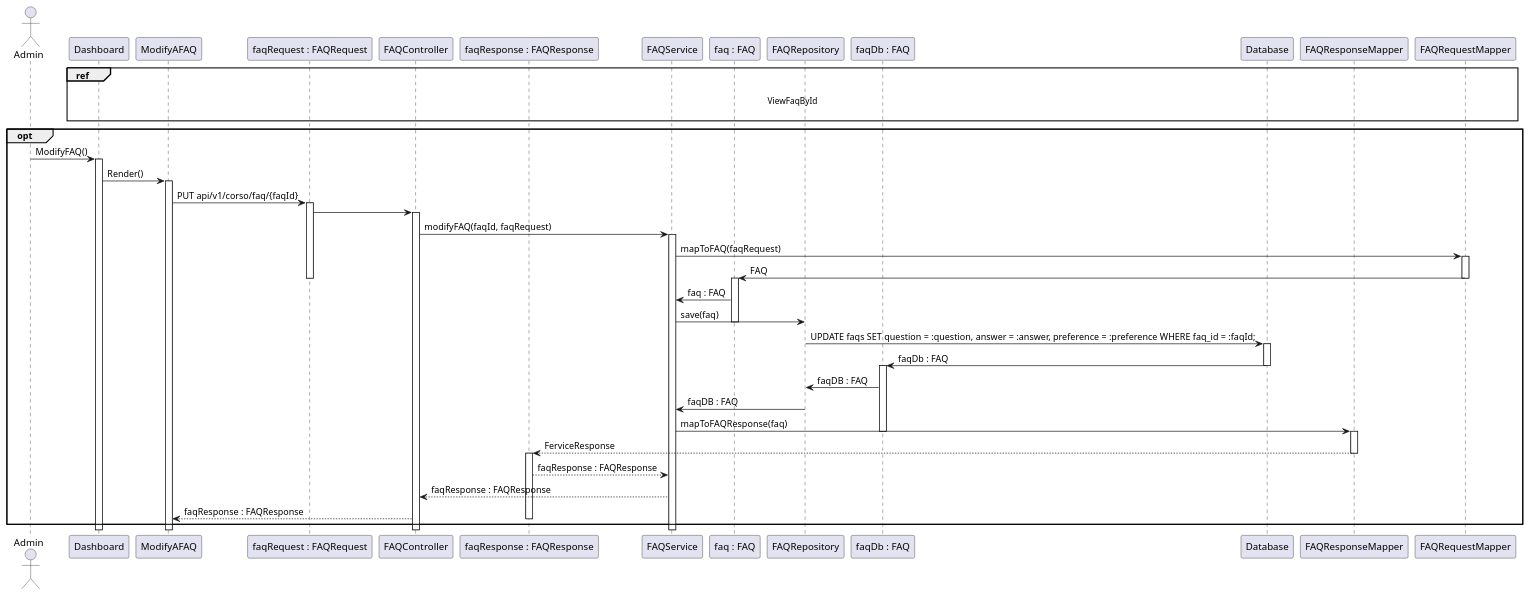
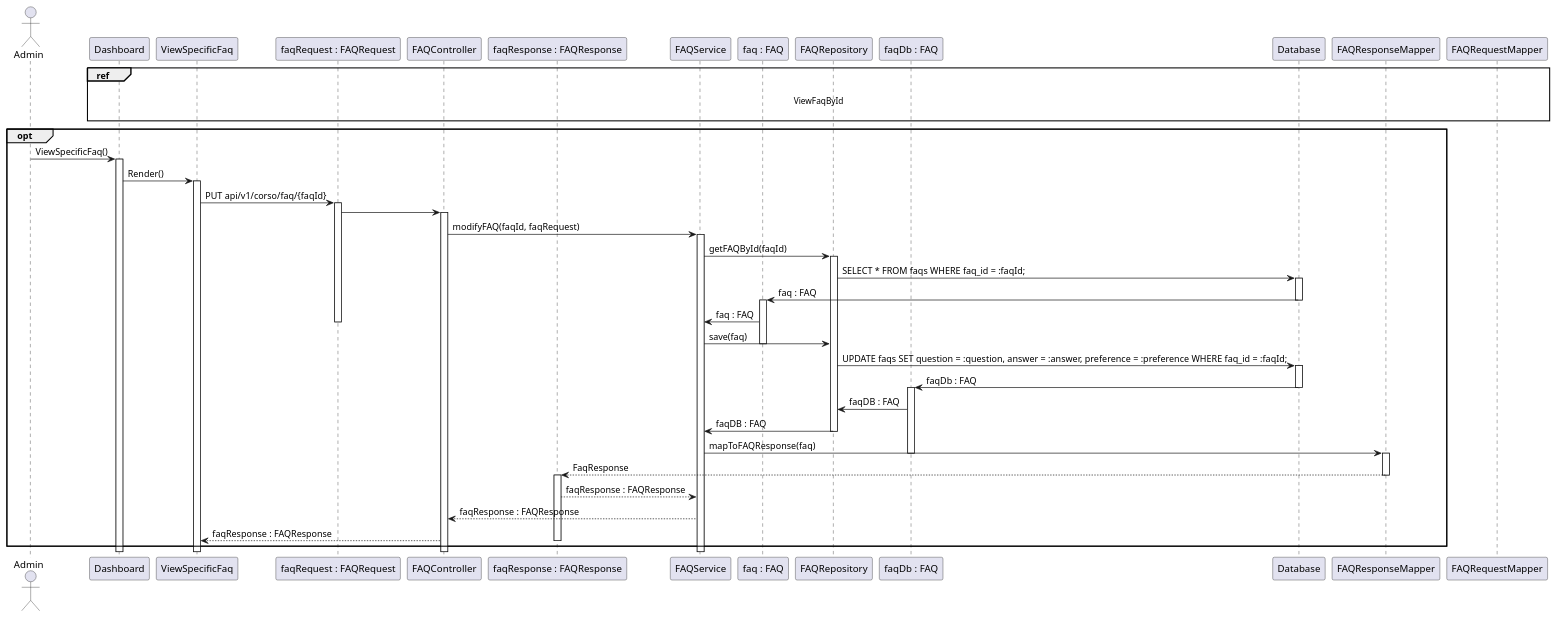
Before and after one commit to DylanBrass/Corso-Website: the diagram in Diagrams/LLSD/FAQs/ModifyFaq.puml, drawn with PlantUML. The commit also changed 22 other files, not shown here.

```diff
--- a/Diagrams/LLSD/FAQs/ModifyFaq.puml
+++ b/Diagrams/LLSD/FAQs/ModifyFaq.puml
@@ -1,101 +1,108 @@
 @startuml
 actor Admin
 
 participant "Dashboard" as DashB
 
-participant "ModifyAFAQ" as ModFAQP
+participant "ViewSpecificFaq" as ModFAQP
 
 participant "faqRequest : FAQRequest" as Fq
 
 participant "FAQController" as Fc
 
 participant "faqResponse : FAQResponse" as Fr
 
 participant "FAQService" as Fs
 
 
 participant "faq : FAQ" as F
 
 
 participant "FAQRepository" as Frep
 
 participant "faqDb : FAQ" as Fdb
 
 participant "Database" as Db
 
 participant "FAQResponseMapper" as FresM
 
 participant "FAQRequestMapper" as FreqM
 
 
 ref over FreqM, FreqM, F, Fc, Fs, Frep, FresM, Fr, Db, Fdb, ModFAQP, DashB
 
 ViewFaqById
 
 end
 
 
 opt
-Admin -> DashB : ModifyFAQ()
+Admin -> DashB : ViewSpecificFaq()
 activate DashB
 
 DashB -> ModFAQP : Render()
 activate ModFAQP
 
 ModFAQP -> Fq : PUT api/v1/corso/faq/{faqId}
 activate Fq
 
 Fq -> Fc
 
 activate Fc
 
 Fc -> Fs : modifyFAQ(faqId, faqRequest)
 activate Fs
 
-Fs -> FreqM : mapToFAQ(faqRequest)
-activate FreqM
 
-FreqM -> F: FAQ
+Fs -> Frep: getFAQById(faqId)
 
-deactivate Fq
-deactivate FreqM
+activate Frep
+
+Frep -> Db: SELECT * FROM faqs WHERE faq_id = :faqId;
+activate Db
+
+Db -> F: faq : FAQ
+deactivate Db
 
 activate F
 
 F -> Fs : faq : FAQ
 
 
+
+deactivate Fdb
+
+deactivate Fq
 
 Fs -> Frep: save(faq)
 deactivate F
 
 Frep -> Db: UPDATE faqs SET question = :question, answer = :answer, preference = :preference WHERE faq_id = :faqId;
 activate Db
 
 Db -> Fdb: faqDb : FAQ
 deactivate Db
 
 activate Fdb
 Fdb -> Frep: faqDB : FAQ
 
 Frep -> Fs: faqDB : FAQ
 deactivate Frep
 Fs -> FresM: mapToFAQResponse(faq)
 deactivate Fdb
 activate FresM
 
 
-FresM --> Fr: FerviceResponse
+FresM --> Fr: FaqResponse
 deactivate FresM
 activate Fr
 
 Fr --> Fs : faqResponse : FAQResponse
 
 Fs --> Fc: faqResponse : FAQResponse
 
 
 Fc --> ModFAQP: faqResponse : FAQResponse
 
 deactivate Fr
 end opt
 @enduml
```
